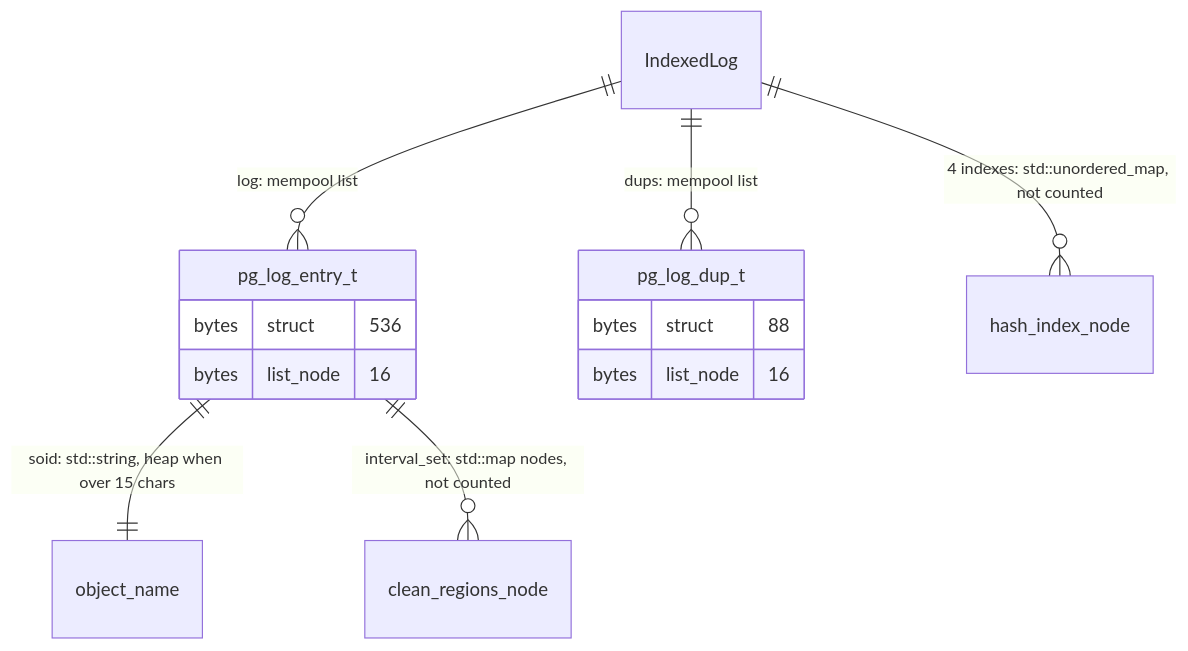
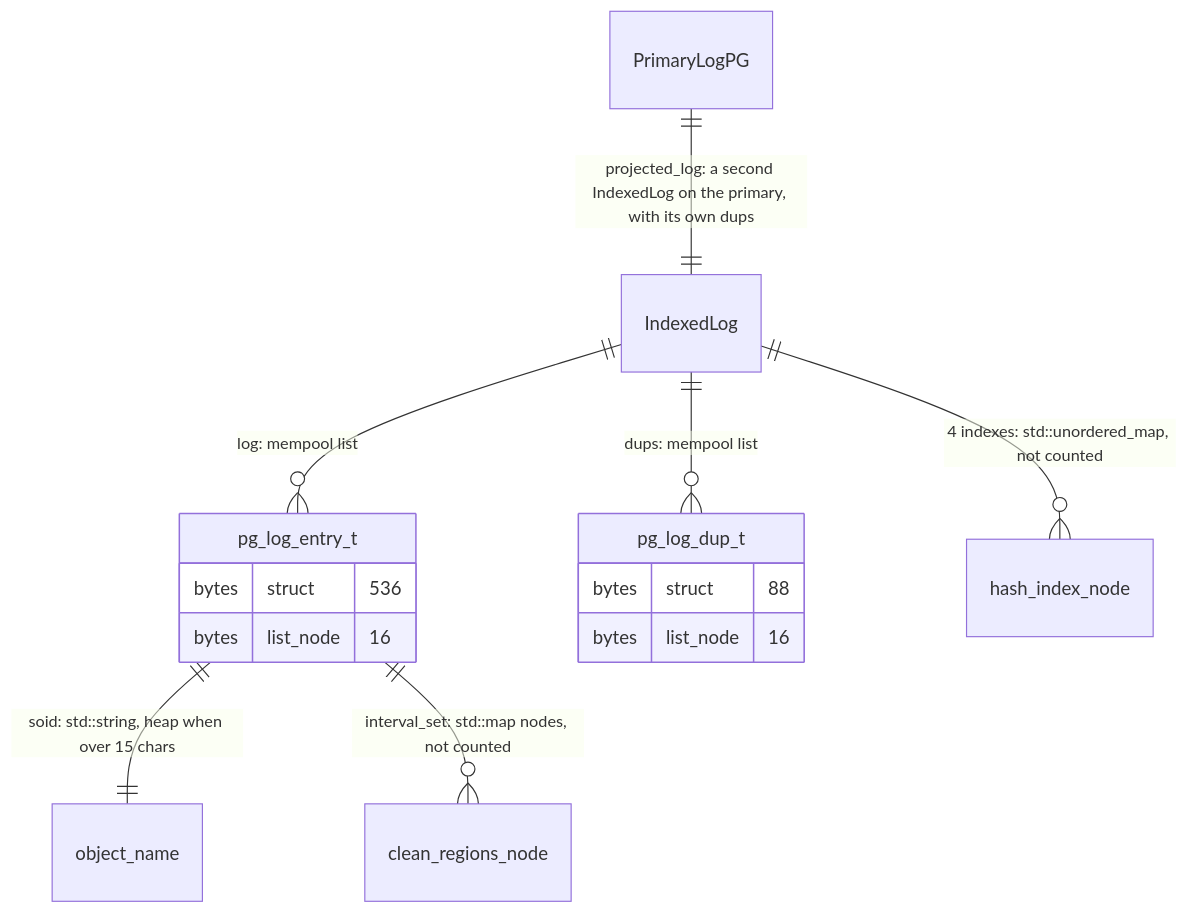
Diagram 17 of 20 in _posts/2026-10-21-ceph-memory-management.md (ming1/ming1.github.io), drawn with Mermaid before and after one commit. The commit also changed other lines of this file and 1 other file, not shown here.

First line of the commit message:
ceph memory management: §15.9, the study repeated on upstream main; projected-log dups and sync-discard findings

````diff
--- a/_posts/2026-10-21-ceph-memory-management.md
+++ b/_posts/2026-10-21-ceph-memory-management.md
@@ -1912,16 +1918,17 @@
 ```mermaid
 erDiagram
+    PrimaryLogPG ||--|| IndexedLog : "projected_log: a second IndexedLog on the primary, with its own dups"
     IndexedLog ||--o{ pg_log_entry_t : "log: mempool list"
     IndexedLog ||--o{ pg_log_dup_t : "dups: mempool list"
     IndexedLog ||--o{ hash_index_node : "4 indexes: std::unordered_map, not counted"
     pg_log_entry_t ||--|| object_name : "soid: std::string, heap when over 15 chars"
     pg_log_entry_t ||--o{ clean_regions_node : "interval_set: std::map nodes, not counted"
     pg_log_entry_t {
         bytes struct "536"
         bytes list_node "16"
     }
     pg_log_dup_t {
         bytes struct "88"
         bytes list_node "16"
     }
 ```
````
